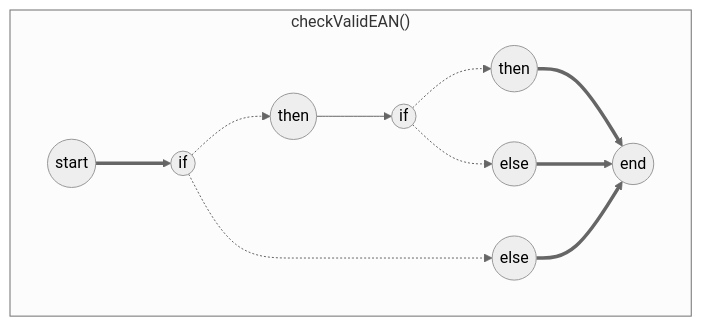
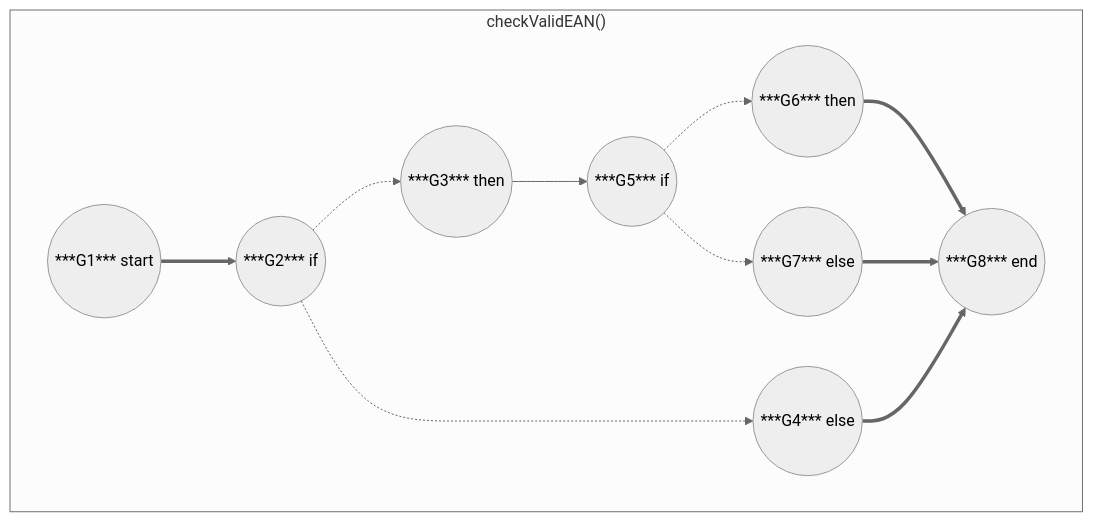
The seventh of 8 diagrams in Walkthrough.md (AlbelNox/EAN-Progamm), drawn with Mermaid (neutral theme) before and after one commit. The commit also changed other lines of this file, not shown here.

First line of the commit message:
Amend Controll flow graphs with identifikators per field

````diff
--- a/Walkthrough.md
+++ b/Walkthrough.md
@@ -196,14 +196,14 @@
 ```mermaid
 graph TD
 subgraph "checkValidEAN()"
-A((start)) ==> B((if))
-B -.-> C((then))
-B -.-> D((else))
-C --> E((if))
-E -.-> F((then))
-E -.-> G((else))
-G ==> H((end))
+A((***G1*** start)) ==> B((***G2*** if))
+B -.-> C((***G3*** then))
+B -.-> D((***G4*** else))
+C --> E((***G5*** if))
+E -.-> F((***G6*** then))
+E -.-> G((***G7*** else))
+G ==> H((***G8*** end))
 D ==> H
 F ==> H
 end
 ```
````
